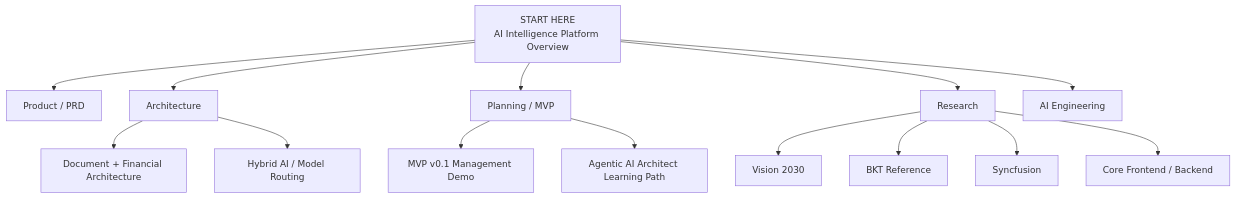
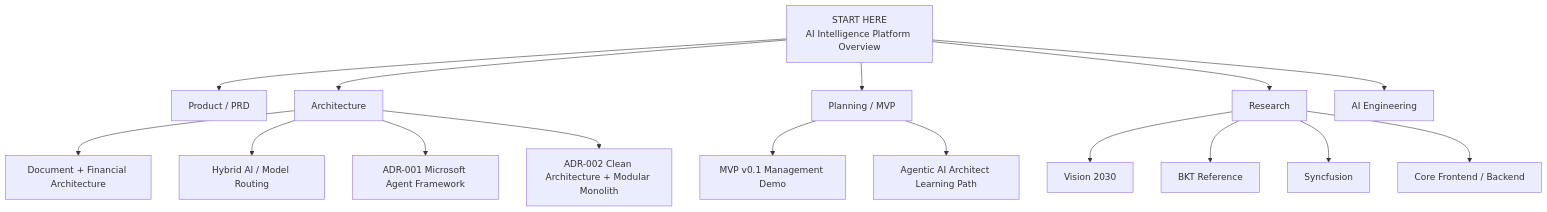
One commit to Milancho/ai-engineering-playbook changed the tenth of 11 diagrams in docs/AI-Intelligence-Platform-Overview.md. Above: the diagram before and after it, drawn with Mermaid. The commit also changed other lines of this file, not shown here.

Commit message:
docs: add architecture baseline and technology map to platform overview

````diff
--- a/docs/AI-Intelligence-Platform-Overview.md
+++ b/docs/AI-Intelligence-Platform-Overview.md
@@ -203,20 +275,22 @@
 ```mermaid
 flowchart TD
     A[START HERE<br/>AI Intelligence Platform Overview]
     A --> B[Product / PRD]
     A --> C[Architecture]
     A --> D[Planning / MVP]
     A --> E[Research]
     A --> F[AI Engineering]
 
     E --> E1[Vision 2030]
     E --> E2[BKT Reference]
     E --> E3[Syncfusion]
     E --> E4[Core Frontend / Backend]
 
     C --> C1[Document + Financial Architecture]
     C --> C2[Hybrid AI / Model Routing]
+    C --> C3[ADR-001 Microsoft Agent Framework]
+    C --> C4[ADR-002 Clean Architecture + Modular Monolith]
 
     D --> D1[MVP v0.1 Management Demo]
     D --> D2[Agentic AI Architect Learning Path]
 ```
````
